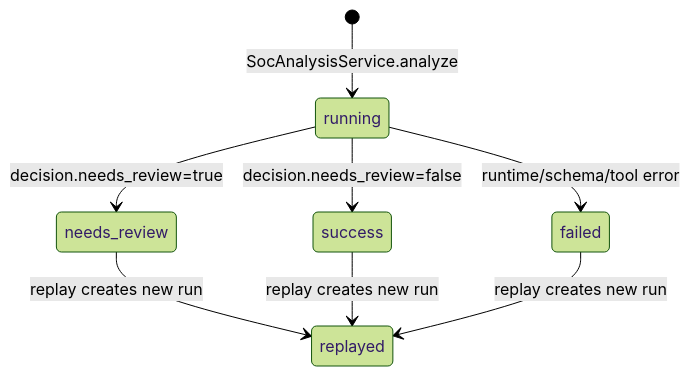
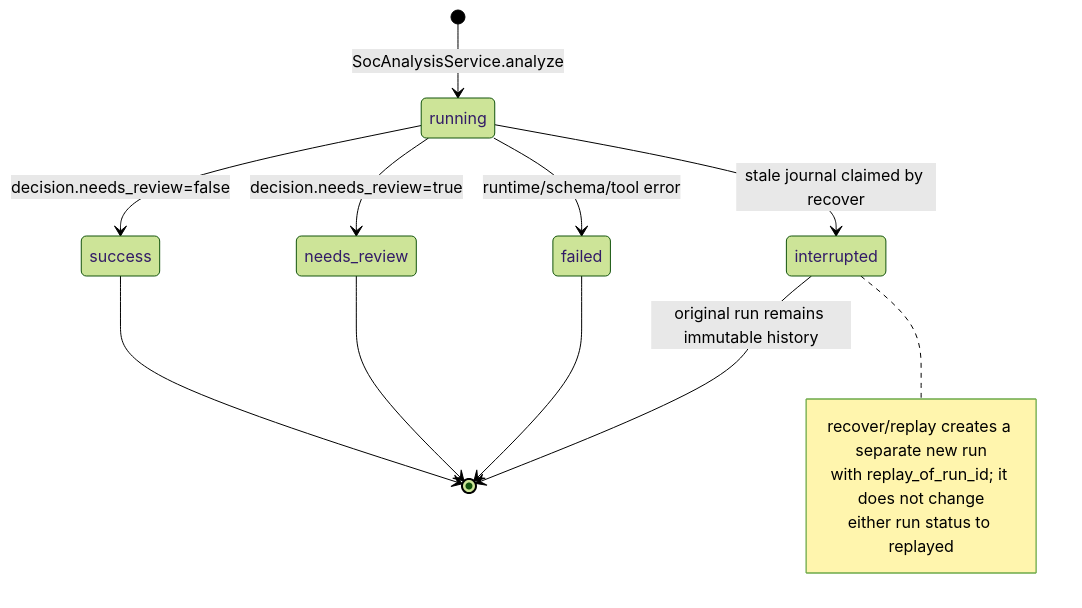
One commit to yydspanda/deer-flow changed diagram 16 of 20 in .notes/ai_soc/alert-lifecycle-flow.md. Above: the diagram before and after it, drawn with Mermaid (forest theme). The commit also changed other lines of this file and 24 other files, not shown here.

Commit message:
feat(soc): journal and recover analysis calls

````diff
--- a/.notes/ai_soc/alert-lifecycle-flow.md
+++ b/.notes/ai_soc/alert-lifecycle-flow.md
@@ -689,10 +701,18 @@
 ```mermaid
 stateDiagram-v2
     [*] --> running: SocAnalysisService.analyze
     running --> success: decision.needs_review=false
     running --> needs_review: decision.needs_review=true
     running --> failed: runtime/schema/tool error
-    needs_review --> replayed: replay creates new run
-    success --> replayed: replay creates new run
-    failed --> replayed: replay creates new run
+    running --> interrupted: stale journal claimed by recover
+    interrupted --> [*]: original run remains immutable history
+    success --> [*]
+    needs_review --> [*]
+    failed --> [*]
+
+    note right of interrupted
+      recover/replay creates a separate new run
+      with replay_of_run_id; it does not change
+      either run status to replayed
+    end note
 ```
````
